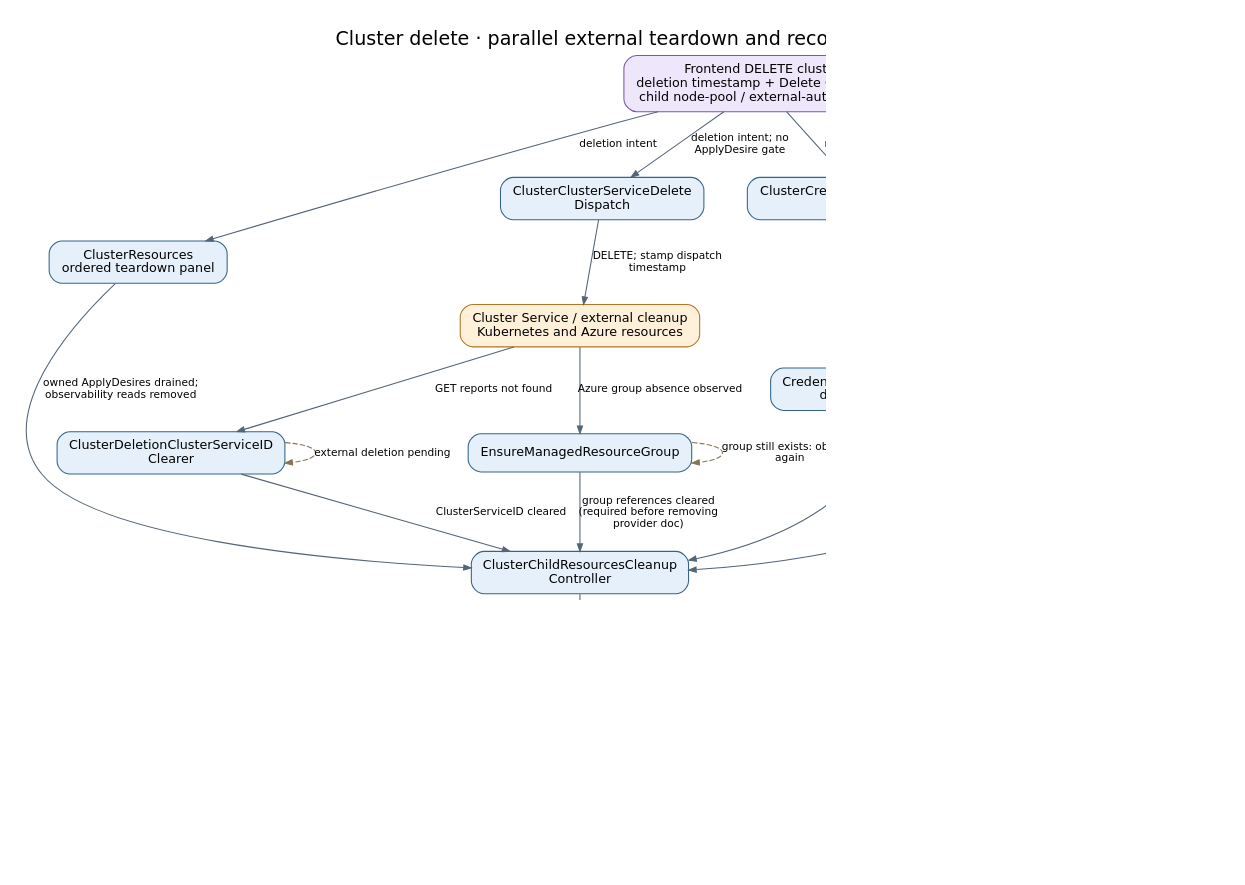
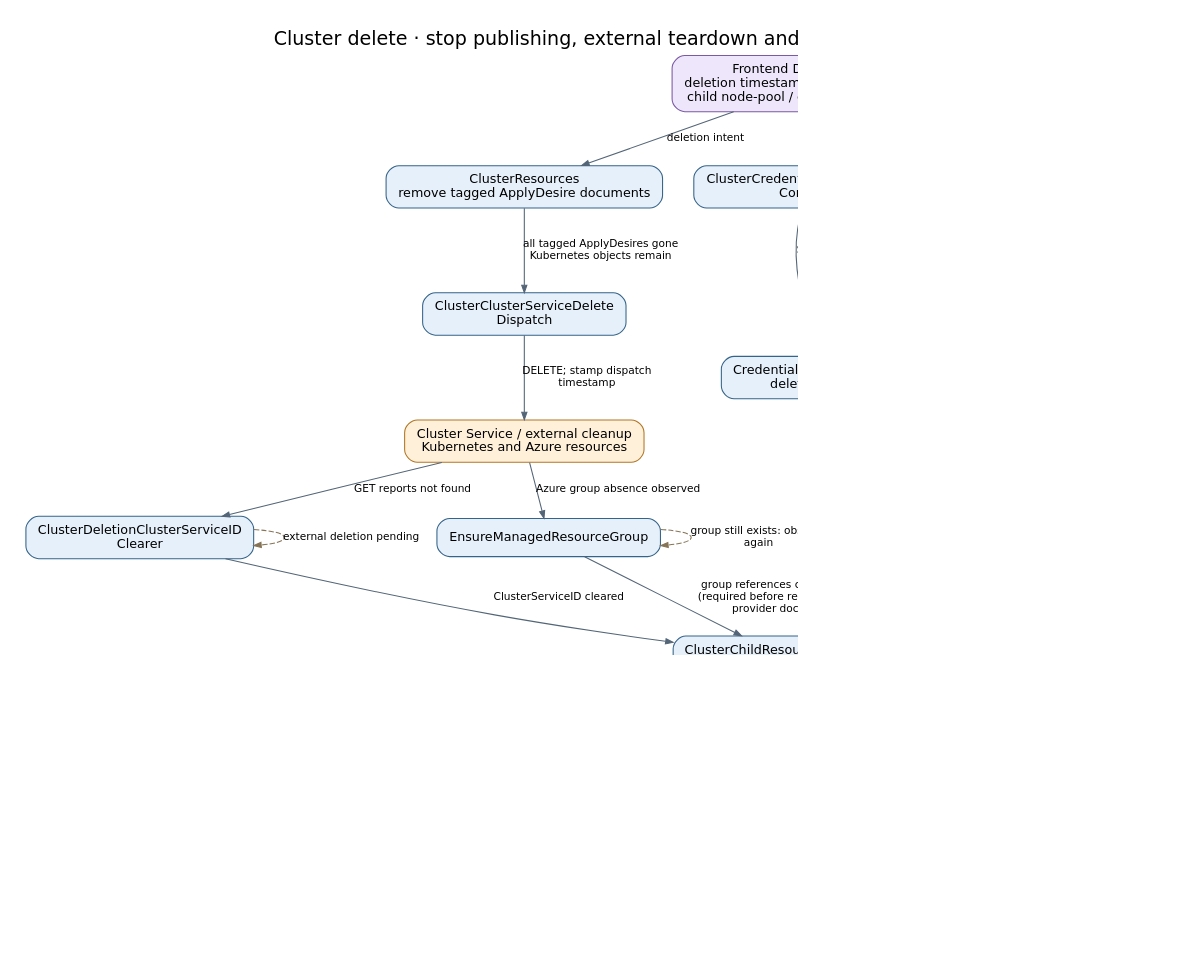
The diagram in docs/diagrams/controller-flows/cluster-delete.dot (Azure/ARO-HCP), drawn with Graphviz before and after one commit. The commit also changed 7 other files, not shown here.

```diff
--- a/docs/diagrams/controller-flows/cluster-delete.dot
+++ b/docs/diagrams/controller-flows/cluster-delete.dot
@@ -1,36 +1,35 @@
 digraph cluster_delete {
-  graph [rankdir=TB, bgcolor="white", pad="0.3", nodesep="0.4", ranksep="0.55", fontname="DejaVu Sans", fontsize=18, labelloc=t, label="Cluster delete · parallel external teardown and record cleanup", dpi=110];
+  graph [rankdir=TB, bgcolor="white", pad="0.3", nodesep="0.4", ranksep="0.55", fontname="DejaVu Sans", fontsize=18, labelloc=t, label="Cluster delete · stop publishing, external teardown and record cleanup", dpi=110];
   node [shape=box, style="rounded,filled", fillcolor="#e6f0fa", color="#35648a", fontname="DejaVu Sans", fontsize=12, margin="0.16,0.10"];
   edge [color="#536577", fontname="DejaVu Sans", fontsize=10, arrowsize=0.7];
   delete [label="Frontend DELETE cluster\ndeletion timestamp + Delete Operation\nchild node-pool / external-auth deletes", fillcolor="#eee7fb", color="#7b59a4"];
-  resources [label="ClusterResources\nordered teardown panel", fillcolor="#e6f0fa", color="#35648a"];
+  resources [label="ClusterResources\nremove tagged ApplyDesire documents", fillcolor="#e6f0fa", color="#35648a"];
   dispatch [label="ClusterClusterServiceDelete\nDispatch", fillcolor="#e6f0fa", color="#35648a"];
   cs [label="Cluster Service / external cleanup\nKubernetes and Azure resources", fillcolor="#fff0da", color="#b27624"];
   clear [label="ClusterDeletionClusterServiceID\nClearer", fillcolor="#e6f0fa", color="#35648a"];
   marker [label="ClusterCredentialDeletionMarker\nController", fillcolor="#e6f0fa", color="#35648a"];
   credentials [label="Credential request / revocation\ndeletion controllers", fillcolor="#e6f0fa", color="#35648a"];
   children [label="Node-pool and external-auth\ndeletion flows complete", fillcolor="#e4f2e5", color="#4c8053"];
   group [label="EnsureManagedResourceGroup", fillcolor="#e6f0fa", color="#35648a"];
   cleanup [label="ClusterChildResourcesCleanup\nController", fillcolor="#e6f0fa", color="#35648a"];
   final [label="ClusterDeletionController", fillcolor="#e6f0fa", color="#35648a"];
   op [label="OperationClusterDelete", fillcolor="#e6f0fa", color="#35648a"];
   done [label="ARM Delete Operation Succeeded", fillcolor="#e4f2e5", color="#4c8053"];
   delete -> resources [label="deletion intent"];
-  delete -> dispatch [label="deletion intent; no\nApplyDesire gate"];
-  resources -> cleanup [label="owned ApplyDesires drained;\nobservability reads removed"];
+  resources -> dispatch [label="all tagged ApplyDesires gone\nKubernetes objects remain"];
   dispatch -> cs [label="DELETE; stamp dispatch\ntimestamp"];
   cs -> clear [label="GET reports not found"];
   delete -> marker [label="mark credential children"];
   marker -> credentials [label="Status.DeletionTimestamp"];
   delete -> children [label="child delete operations"];
   cs -> group [label="Azure group absence observed"];
   clear -> cleanup [label="ClusterServiceID cleared"];
   credentials -> cleanup [label="all credential documents gone"];
   children -> cleanup [label="all node pools / external auth\ngone"];
   group -> cleanup [label="group references cleared\n(required before removing\nprovider doc)"];
   cleanup -> final [label="nested resources and intents\ngone"];
   final -> op [label="billing DeletionTime; cluster\ndoc deleted"];
   op -> done [label="document absence observed"];
   clear -> clear [label="external deletion pending", style=dashed, color="#857456", constraint=false];
   group -> group [label="group still exists: observe\nagain", style=dashed, color="#857456", constraint=false];
 }
```
